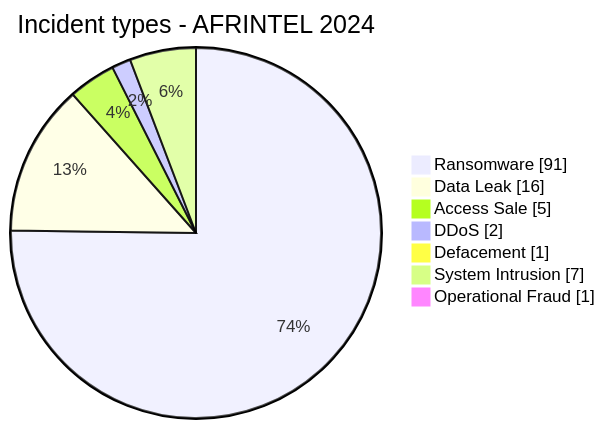
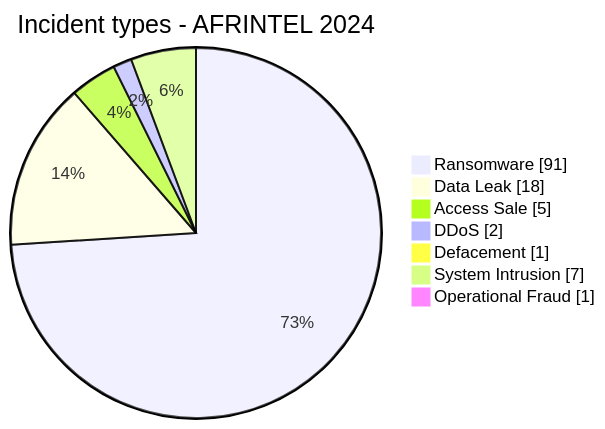
The second of 2 diagrams in CyberAttackAfrica/2024/README.md (Hatchepsoute/AFRINTEL), drawn with Mermaid before and after one commit. The commit also changed other lines of this file and 401 other files, not shown here.

````diff
--- a/CyberAttackAfrica/2024/README.md
+++ b/CyberAttackAfrica/2024/README.md
@@ -81,11 +81,11 @@
 ```mermaid
 pie showData
     title Incident types - AFRINTEL 2024
     "Ransomware" : 91
-    "Data Leak" : 16
+    "Data Leak" : 18
     "Access Sale" : 5
     "DDoS" : 2
     "Defacement" : 1
     "System Intrusion" : 7
     "Operational Fraud" : 1
 ```
````
